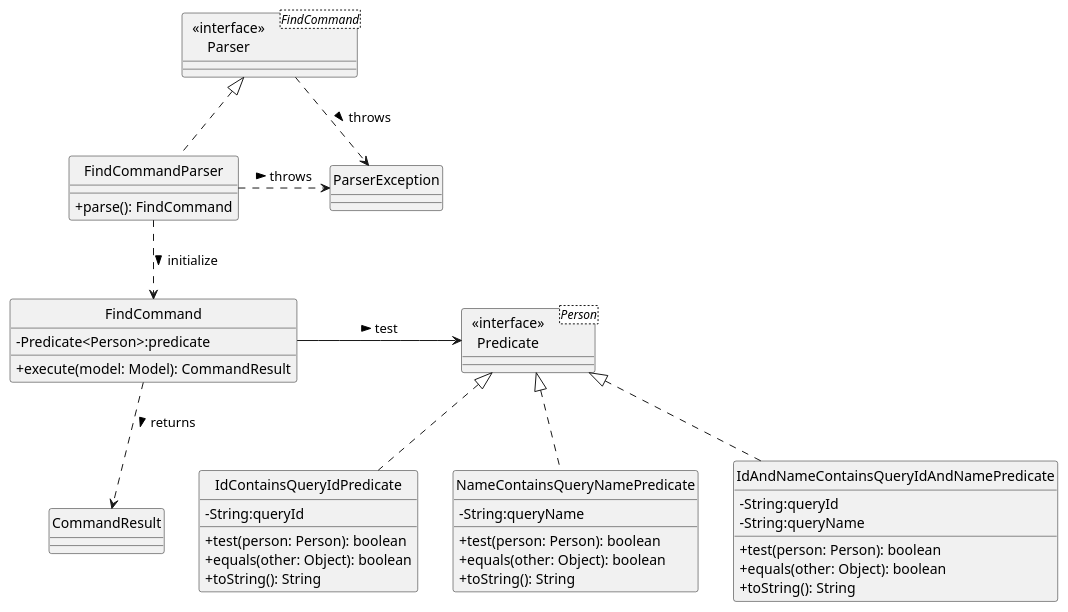
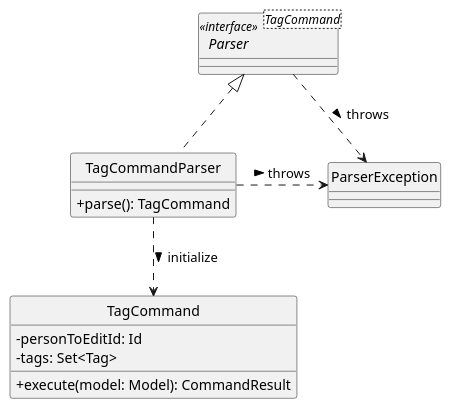
The diagram in docs/diagrams/tag/TagClassDiagram.puml (nus-cs2103-AY2324S2/tp), drawn with PlantUML before and after one commit. The commit also changed 2 other files, not shown here.

Commit message:
Update Tag feature in UG. Make UML for tagging feature.

```diff
--- a/docs/diagrams/tag/TagClassDiagram.puml
+++ b/docs/diagrams/tag/TagClassDiagram.puml
@@ -1,54 +1,26 @@
 @startuml
 hide circle
 skinparam classAttributeIconSize 0
 
-Class "  <<interface>>  \nParser" as Parser<FindCommand>
-Class FindCommandParser {
-    +parse(): FindCommand
+interface Parser <TagCommand> <<interface>>
+Class TagCommandParser {
+    +parse(): TagCommand
 }
 Class ParserException
 
-class "  <<interface>>  \nPredicate" as Predicate<Person>
-class IdAndNameContainsQueryIdAndNamePredicate{
-    -String:queryId
-    -String:queryName
-    +test(person: Person): boolean
-    +equals(other: Object): boolean
-    +toString(): String
-}
-class IdContainsQueryIdPredicate{
-    -String:queryId
-    +test(person: Person): boolean
-    +equals(other: Object): boolean
-    +toString(): String
-}
-class NameContainsQueryNamePredicate{
-    -String:queryName
-    +test(person: Person): boolean
-    +equals(other: Object): boolean
-    +toString(): String
-}
 
-class FindCommand{
-    -Predicate<Person>:predicate
+class TagCommand{
+    - personToEditId: Id
+    - tags: Set<Tag>
     +execute(model: Model): CommandResult
 }
 
-class CommandResult
 
-IdAndNameContainsQueryIdAndNamePredicate .up.|> Predicate
-IdContainsQueryIdPredicate .up.|> Predicate
-NameContainsQueryNamePredicate .up.|> Predicate
+TagCommandParser .up.|> Parser
+Parser .right.> ParserException: throws >
+TagCommandParser .right.> ParserException  : throws >
 
-
-FindCommandParser .up.|> Parser
-Parser .right.> ParserException: throws >
-FindCommandParser .right.> ParserException: throws >
-
-FindCommandParser .down.> FindCommand: initialize >
-FindCommand -right-> Predicate: test >
-
-FindCommand .down.> CommandResult: returns >
+TagCommandParser .down.> TagCommand: initialize >
 
 
 @enduml
```
